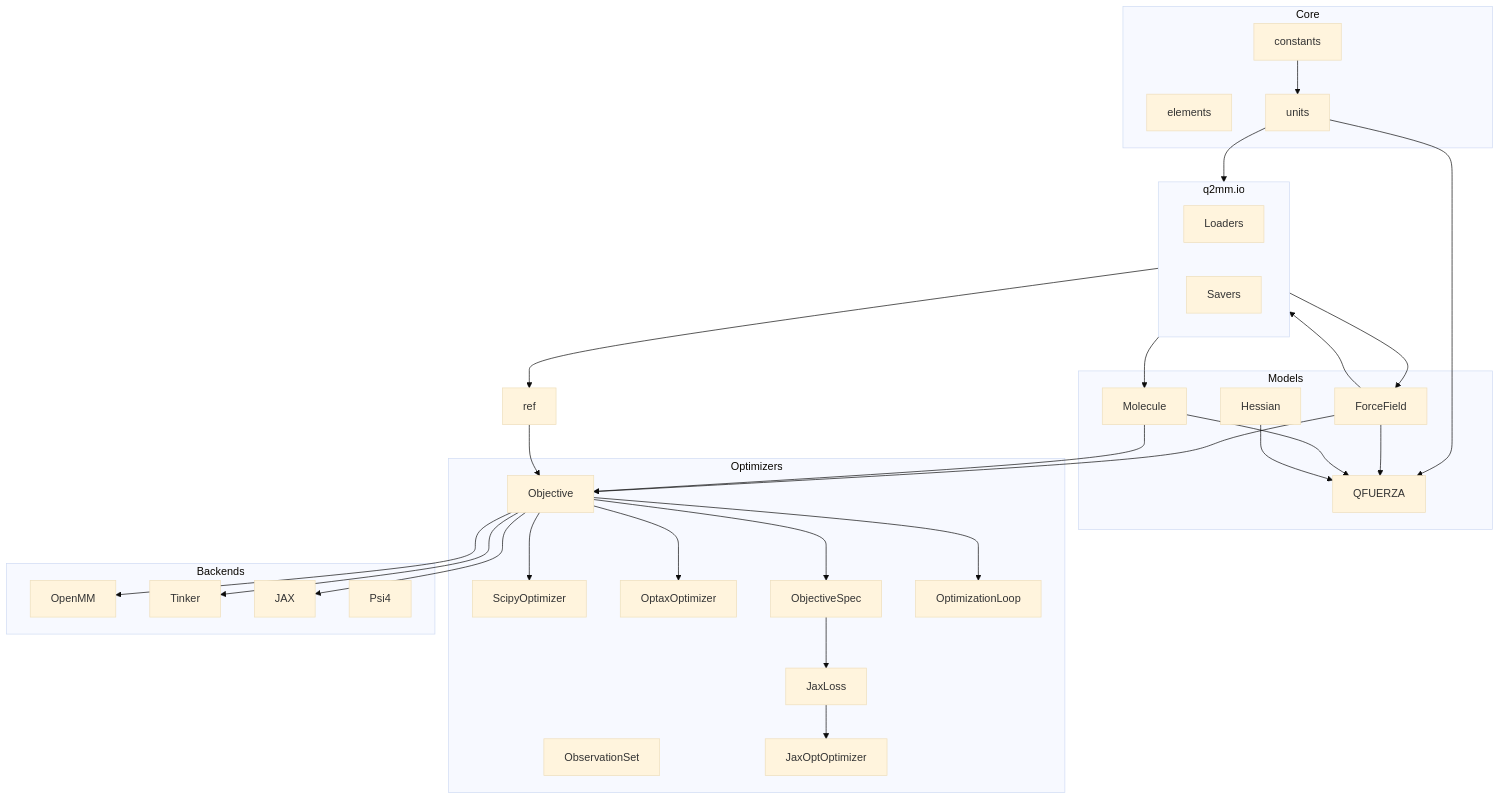
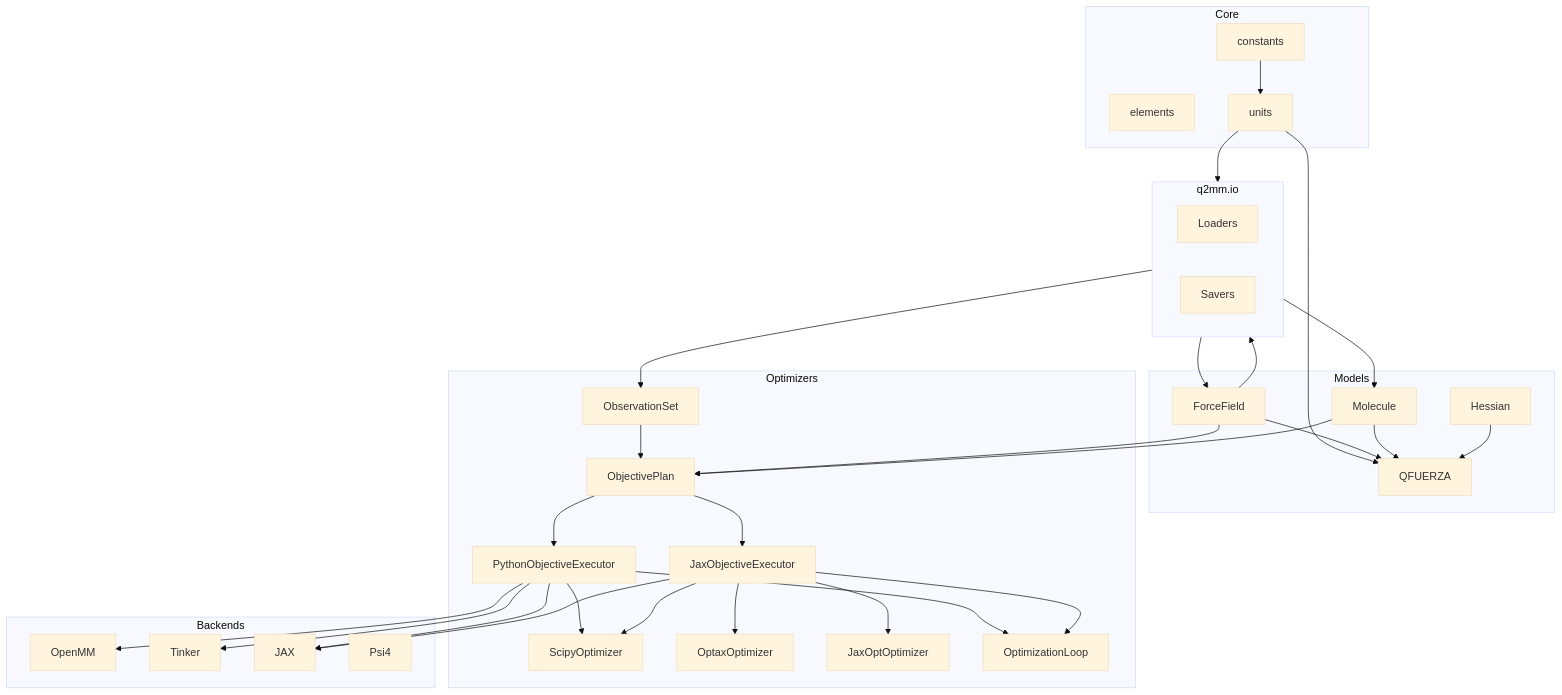
The second of 2 diagrams in docs/how-it-works/architecture.md (ericchansen/q2mm), drawn with Mermaid (base theme) before and after one commit. The commit also changed other lines of this file and 109 other files, not shown here.

````diff
--- a/docs/how-it-works/architecture.md
+++ b/docs/how-it-works/architecture.md
@@ -303,64 +303,67 @@
 ```mermaid
 flowchart TD
     subgraph Core["Core"]
         constants[constants]
         elements[elements]
         units[units]
     end
 
     subgraph Models["Models"]
         ff[ForceField]
         mol[Molecule]
         hess[Hessian]
         sem[QFUERZA]
     end
 
     subgraph Opt["Optimizers"]
-        obj[Objective]
         obs[ObservationSet]
+        plan[ObjectivePlan]
+        pyexec[PythonObjectiveExecutor]
+        jaxexec[JaxObjectiveExecutor]
         scipy[ScipyOptimizer]
         optax_opt[OptaxOptimizer]
         jaxopt_opt[JaxOptOptimizer]
-        spec[ObjectiveSpec]
-        jaxloss[JaxLoss]
         cycling[OptimizationLoop]
     end
 
     subgraph Engines["Backends"]
         omm[OpenMM]
         tk[Tinker]
         jax[JAX]
         psi4[Psi4]
     end
 
     subgraph IO["q2mm.io"]
         loaders[Loaders]
         savers[Savers]
     end
 
     constants --> units
     units --> IO
     units --> sem
     ff --> IO
     ff --> sem
     mol --> sem
     hess --> sem
 
-    ff --> obj
-    ref --> obj
-    mol --> obj
-    obj --> scipy
-    obj --> optax_opt
-    obj --> spec
-    spec --> jaxloss
-    jaxloss --> jaxopt_opt
-    obj --> cycling
+    ff --> plan
+    obs --> plan
+    mol --> plan
+    plan --> pyexec
+    plan --> jaxexec
+    pyexec --> scipy
+    pyexec --> cycling
+    jaxexec --> scipy
+    jaxexec --> optax_opt
+    jaxexec --> jaxopt_opt
+    jaxexec --> cycling
 
-    obj --> omm
-    obj --> tk
-    obj --> jax
+    pyexec --> omm
+    pyexec --> tk
+    pyexec --> jax
+    jaxexec --> jax
 
     IO --> mol
-    IO --> ref
+    IO --> obs
     IO --> ff
 ```
````
